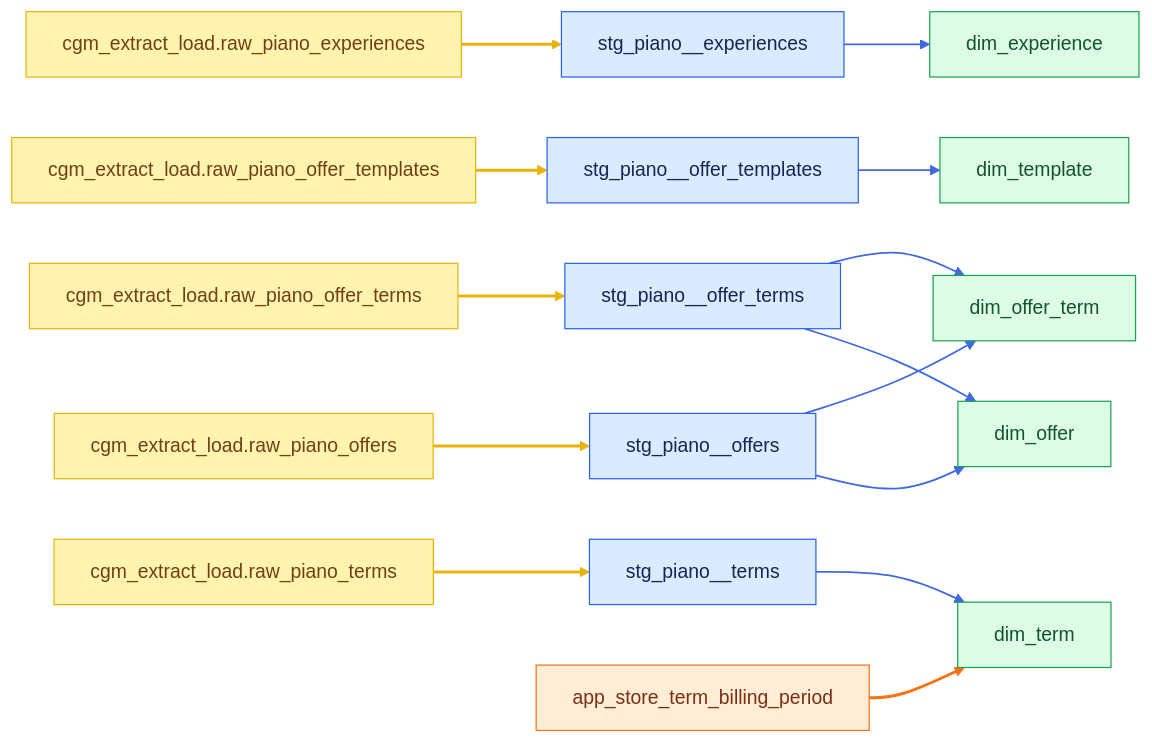
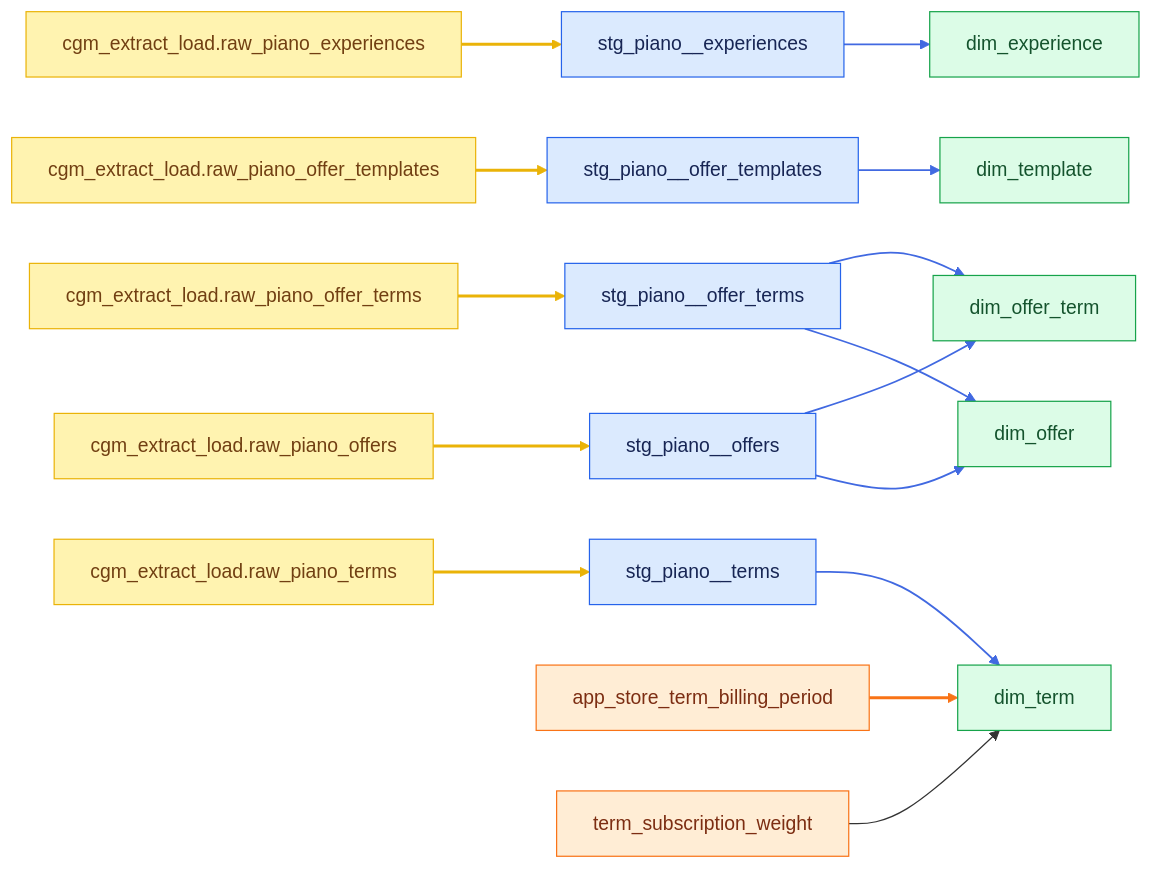
The third of 7 diagrams in docs/lineage.md (angelatanbbc/angela_bbc), drawn with Mermaid before and after one commit. The commit also changed other lines of this file and 7 other files, not shown here.

First line of the commit message:
Add subscription_weight for group and business plans

````diff
--- a/docs/lineage.md
+++ b/docs/lineage.md
@@ -98,23 +98,24 @@
 ```mermaid
 graph LR
     classDef source fill:#fff3b0,stroke:#eab308,color:#713f12
     classDef seed fill:#ffedd5,stroke:#f97316,color:#7c2d12
     classDef model fill:#dbeafe,stroke:#2563eb,color:#172554
     classDef mart fill:#dcfce7,stroke:#16a34a,color:#14532d
     raw_exp["cgm_extract_load.raw_piano_experiences"]:::source --> stg_exp["stg_piano__experiences"]:::model
     raw_tpl["cgm_extract_load.raw_piano_offer_templates"]:::source --> stg_tpl["stg_piano__offer_templates"]:::model
     raw_term["cgm_extract_load.raw_piano_terms"]:::source --> stg_term["stg_piano__terms"]:::model
     raw_offer["cgm_extract_load.raw_piano_offers"]:::source --> stg_offer["stg_piano__offers"]:::model
     raw_ot["cgm_extract_load.raw_piano_offer_terms"]:::source --> stg_ot["stg_piano__offer_terms"]:::model
     stg_exp --> experience["dim_experience"]:::mart
     stg_tpl --> template["dim_template"]:::mart
     stg_term --> term["dim_term"]:::mart
     stg_offer --> offer["dim_offer"]:::mart
     stg_ot --> offer
     stg_ot --> offer_term["dim_offer_term"]:::mart
     stg_offer --> offer_term
     billing_seed["app_store_term_billing_period"]:::seed --> term
+    weight_seed["term_subscription_weight"]:::seed --> term
     linkStyle 0,1,2,3,4 stroke:#eab308,stroke-width:2.5px
     linkStyle 5,6,7,8,9,10,11 stroke:#4169e1,stroke-width:1.5px
     linkStyle 12 stroke:#f97316,stroke-width:2.5px
 ```
````
